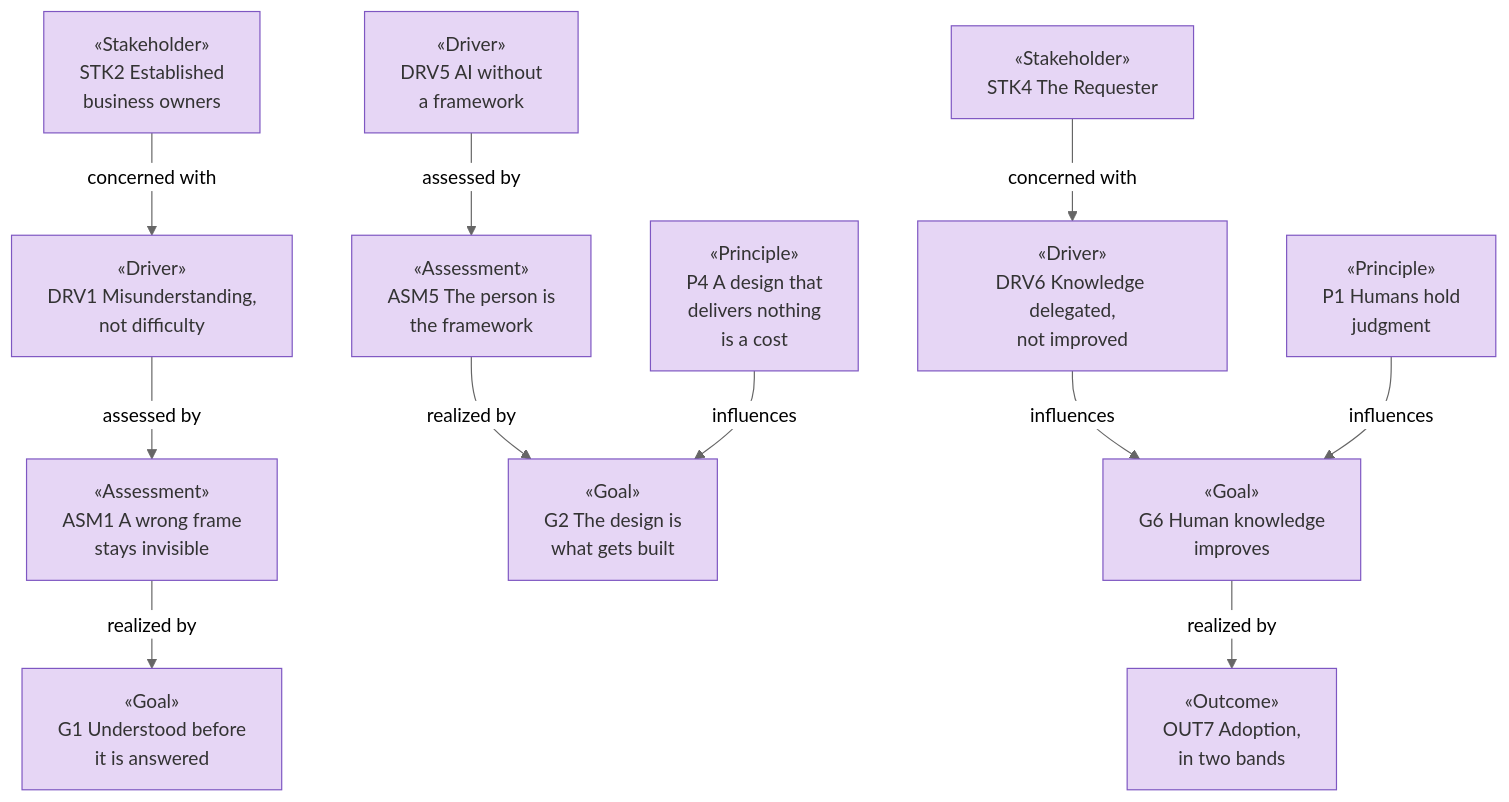
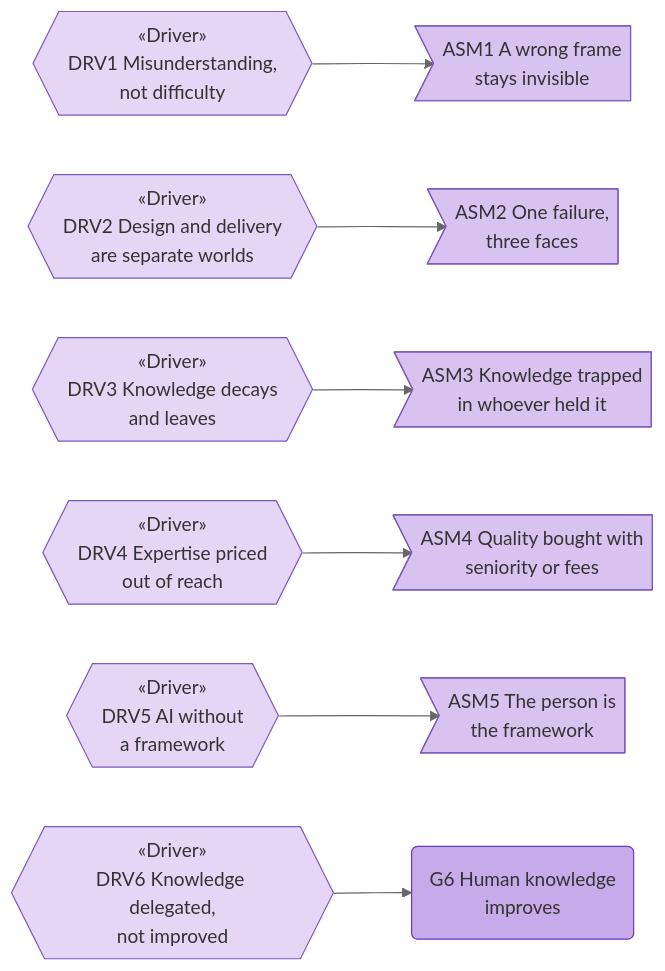
The third of 7 diagrams in organization/docs/ea/1_strategy/1_motivation.md (roanboc/architecture-archreator), drawn with Mermaid (neutral theme) before and after one commit. The commit also changed other lines of this file and 3 other files, not shown here.

First line of the commit message:
docs: rebuild the motivation layer as diagram-then-text, one diagram per section

````diff
--- a/organization/docs/ea/1_strategy/1_motivation.md
+++ b/organization/docs/ea/1_strategy/1_motivation.md
@@ -141,34 +105,28 @@
 ```mermaid
-flowchart TB
-  stk2["«Stakeholder»<br>STK2 Established<br>business owners"]:::motivation
-  stk4["«Stakeholder»<br>STK4 The Requester"]:::motivation
+flowchart LR
+  drv1{{"«Driver»<br>DRV1 Misunderstanding,<br>not difficulty"}}:::driver
+  drv2{{"«Driver»<br>DRV2 Design and delivery<br>are separate worlds"}}:::driver
+  drv3{{"«Driver»<br>DRV3 Knowledge decays<br>and leaves"}}:::driver
+  drv4{{"«Driver»<br>DRV4 Expertise priced<br>out of reach"}}:::driver
+  drv5{{"«Driver»<br>DRV5 AI without<br>a framework"}}:::driver
+  drv6{{"«Driver»<br>DRV6 Knowledge delegated,<br>not improved"}}:::driver
 
-  drv1["«Driver»<br>DRV1 Misunderstanding,<br>not difficulty"]:::motivation
-  drv5["«Driver»<br>DRV5 AI without<br>a framework"]:::motivation
-  drv6["«Driver»<br>DRV6 Knowledge delegated,<br>not improved"]:::motivation
+  asm1>"ASM1 A wrong frame<br>stays invisible"]:::assessment
+  asm2>"ASM2 One failure,<br>three faces"]:::assessment
+  asm3>"ASM3 Knowledge trapped<br>in whoever held it"]:::assessment
+  asm4>"ASM4 Quality bought with<br>seniority or fees"]:::assessment
+  asm5>"ASM5 The person is<br>the framework"]:::assessment
 
-  asm1["«Assessment»<br>ASM1 A wrong frame<br>stays invisible"]:::motivation
-  asm5["«Assessment»<br>ASM5 The person is<br>the framework"]:::motivation
+  g6("G6 Human knowledge<br>improves"):::goal
 
-  g1["«Goal»<br>G1 Understood before<br>it is answered"]:::motivation
-  g2["«Goal»<br>G2 The design is<br>what gets built"]:::motivation
-  g6["«Goal»<br>G6 Human knowledge<br>improves"]:::motivation
+  drv1 --> asm1
+  drv2 --> asm2
+  drv3 --> asm3
+  drv4 --> asm4
+  drv5 --> asm5
+  drv6 --> g6
 
-  out7["«Outcome»<br>OUT7 Adoption,<br>in two bands"]:::motivation
-
-  p1["«Principle»<br>P1 Humans hold<br>judgment"]:::motivation
-  p4["«Principle»<br>P4 A design that<br>delivers nothing<br>is a cost"]:::motivation
-
-  stk2 -->|concerned with| drv1
-  stk4 -->|concerned with| drv6
-  drv1 -->|assessed by| asm1
-  drv5 -->|assessed by| asm5
-  asm1 -->|realized by| g1
-  asm5 -->|realized by| g2
-  drv6 -->|influences| g6
-  g6 -->|realized by| out7
-  p1 -->|influences| g6
-  p4 -->|influences| g2
-
-  classDef motivation fill:#e6d6f5,stroke:#7e57c2,color:#333
+  classDef driver fill:#e6d6f5,stroke:#7e57c2,color:#333
+  classDef assessment fill:#d8c3f0,stroke:#7e57c2,color:#333
+  classDef goal fill:#c6aae9,stroke:#673ab7,color:#333
 ```
````
